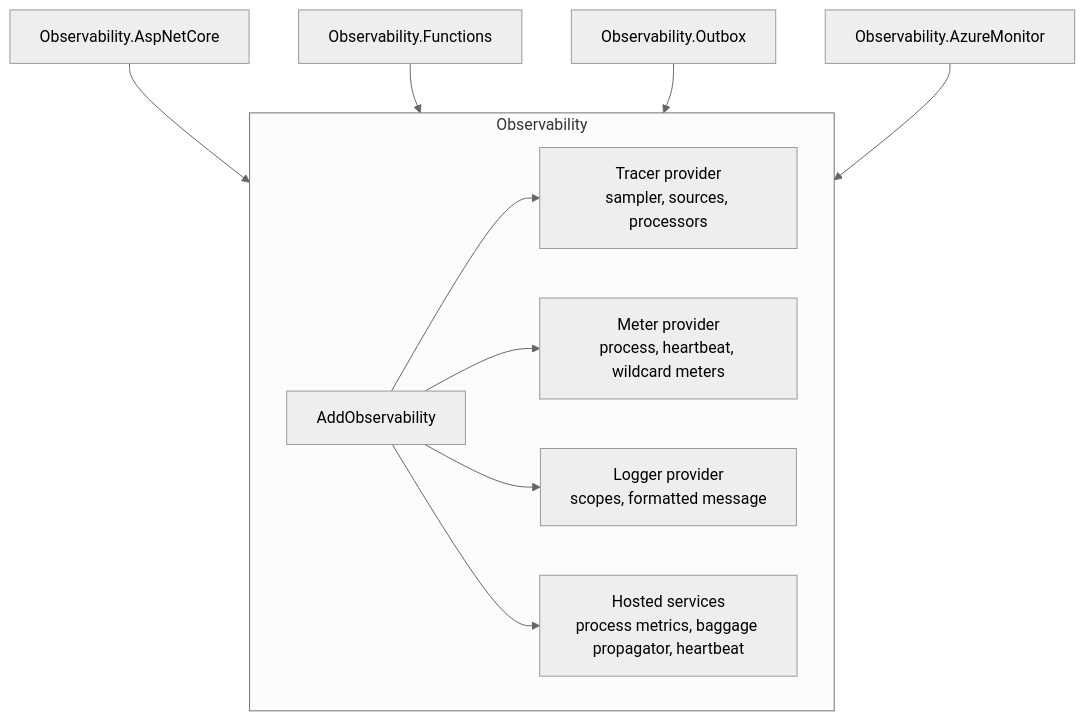
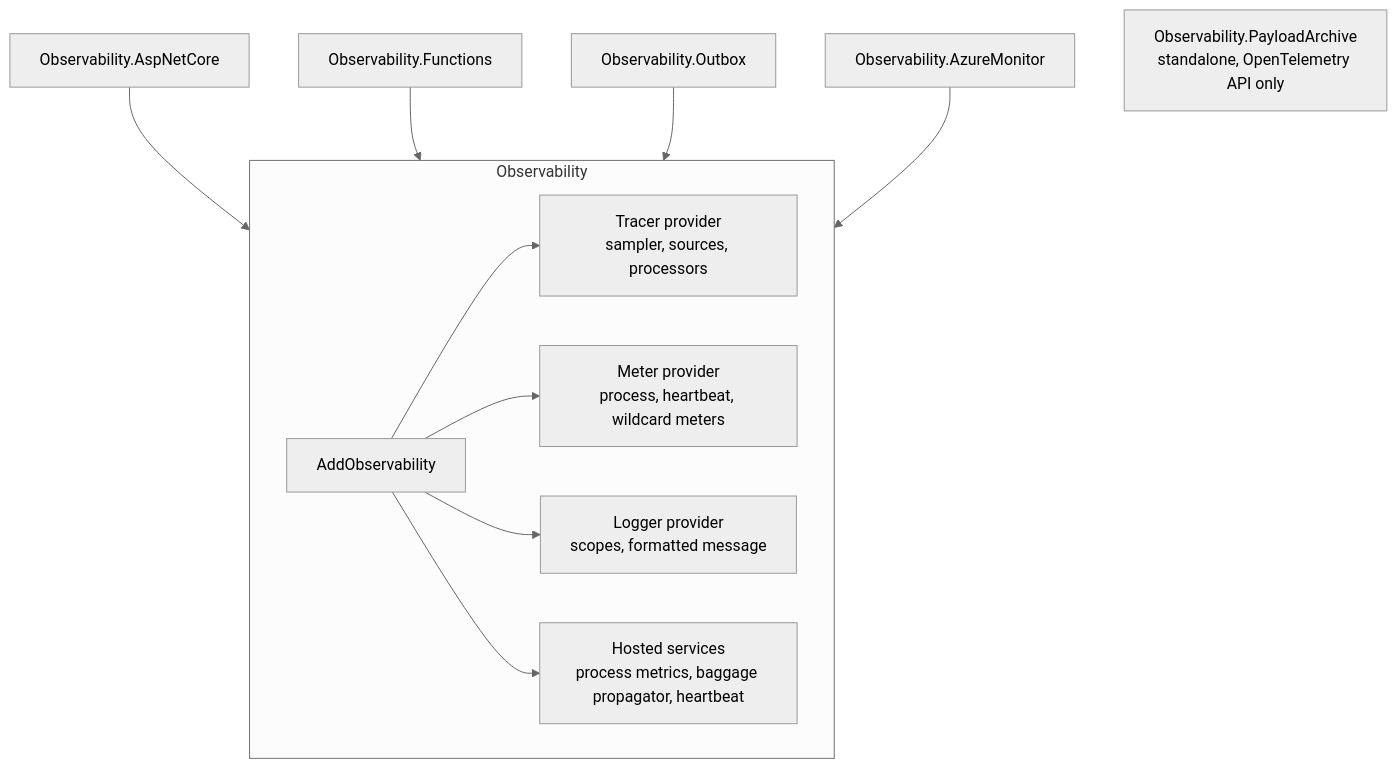
The first of 2 diagrams in docs/architecture.md (iverburgh/dotnet-opentelemetry-observability-playbook), drawn with Mermaid (neutral theme) before and after one commit. The commit also changed other lines of this file and 30 other files, not shown here.

Commit message:
PayloadArchive

````diff
--- a/docs/architecture.md
+++ b/docs/architecture.md
@@ -10,13 +10,14 @@
 ```mermaid
 flowchart TB
     subgraph core [Observability]
         O[AddObservability] --> T[Tracer provider<br/>sampler, sources, processors]
         O --> M[Meter provider<br/>process, heartbeat, wildcard meters]
         O --> L[Logger provider<br/>scopes, formatted message]
         O --> H[Hosted services<br/>process metrics, baggage propagator, heartbeat]
     end
     A[Observability.AspNetCore] --> core
     F[Observability.Functions] --> core
     X[Observability.Outbox] --> core
     Z[Observability.AzureMonitor] --> core
+    PA[Observability.PayloadArchive<br/>standalone, OpenTelemetry API only]
 ```
````
